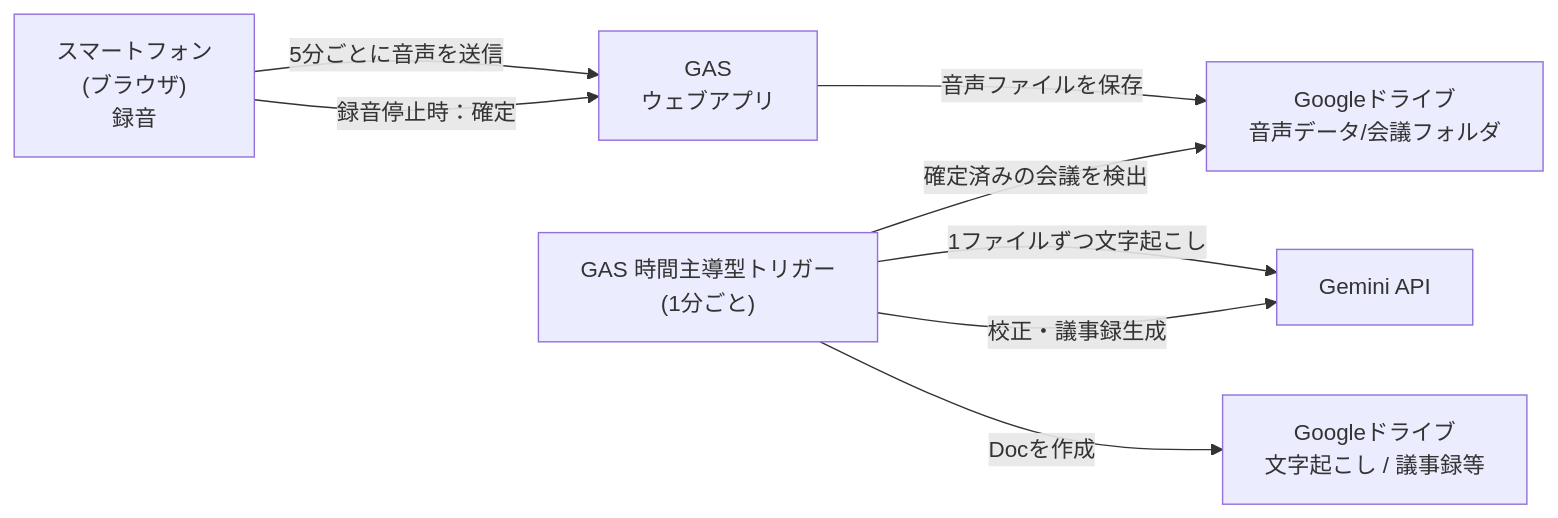
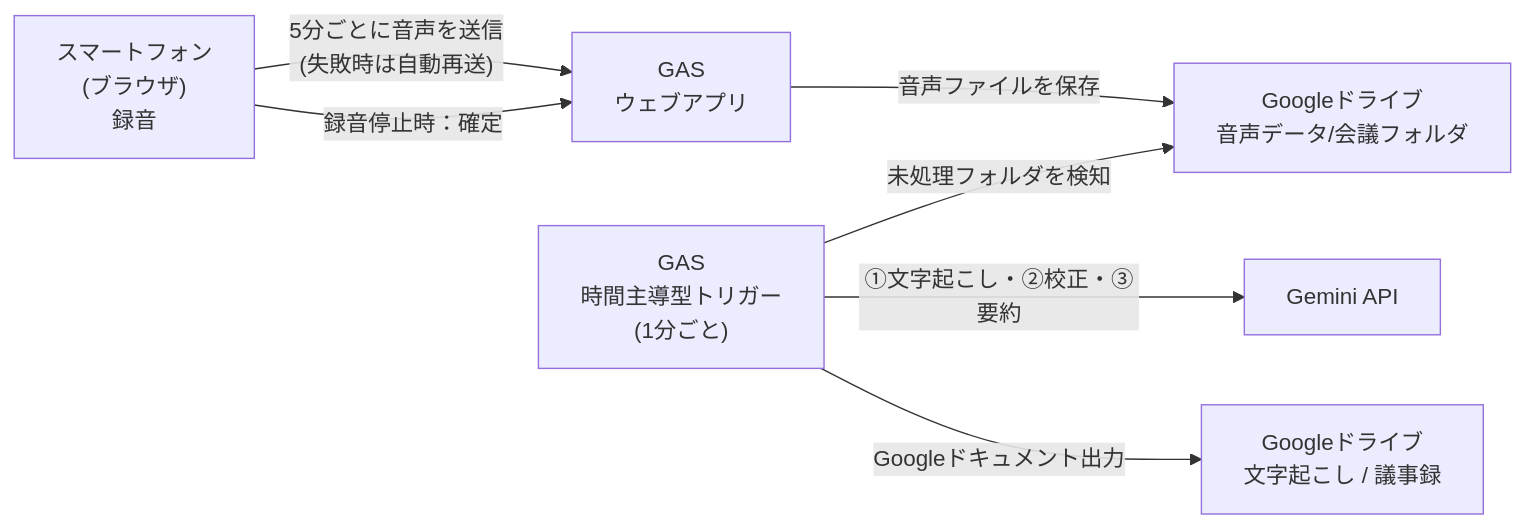
The diagram in README.md (tasuku-tama/record-apps), drawn with Mermaid before and after one commit. The commit also changed other lines of this file, not shown here.

````diff
--- a/README.md
+++ b/README.md
@@ -30,10 +33,9 @@
 ```mermaid
 flowchart LR
-    A["スマートフォン<br/>(ブラウザ)<br/>録音"] -->|"5分ごとに音声を送信"| B["GAS<br/>ウェブアプリ"]
+    A["スマートフォン<br/>(ブラウザ)<br/>録音"] -->|"5分ごとに音声を送信<br/>(失敗時は自動再送)"| B["GAS<br/>ウェブアプリ"]
     B -->|"音声ファイルを保存"| C["Googleドライブ<br/>音声データ/会議フォルダ"]
     A -->|"録音停止時：確定"| B
-    D["GAS 時間主導型トリガー<br/>(1分ごと)"] -->|"確定済みの会議を検出"| C
-    D -->|"1ファイルずつ文字起こし"| E["Gemini API"]
-    D -->|"校正・議事録生成"| E
-    D -->|"Docを作成"| F["Googleドライブ<br/>文字起こし / 議事録等"]
+    D["GAS<br/>時間主導型トリガー<br/>(1分ごと)"] -->|"未処理フォルダを検知"| C
+    D -->|"①文字起こし・②校正・③要約"| E["Gemini API"]
+    D -->|"Googleドキュメント出力"| F["Googleドライブ<br/>文字起こし / 議事録"]
 ```
````
